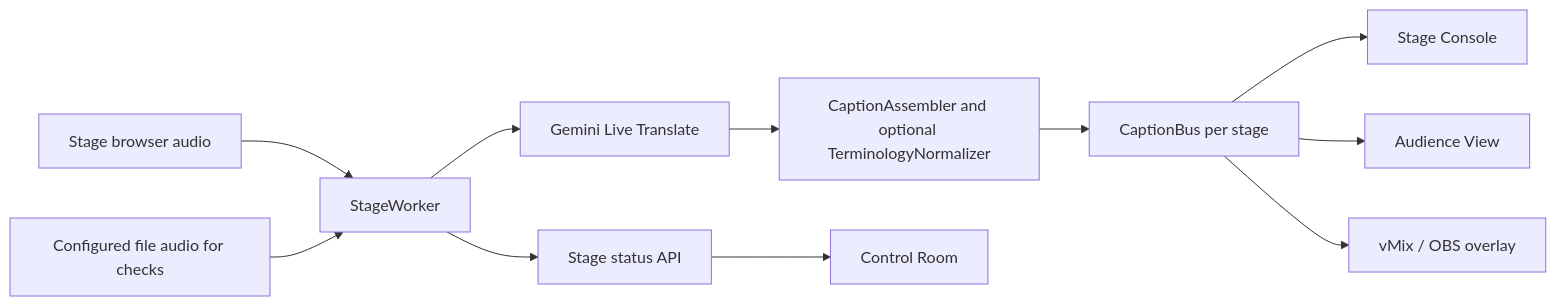
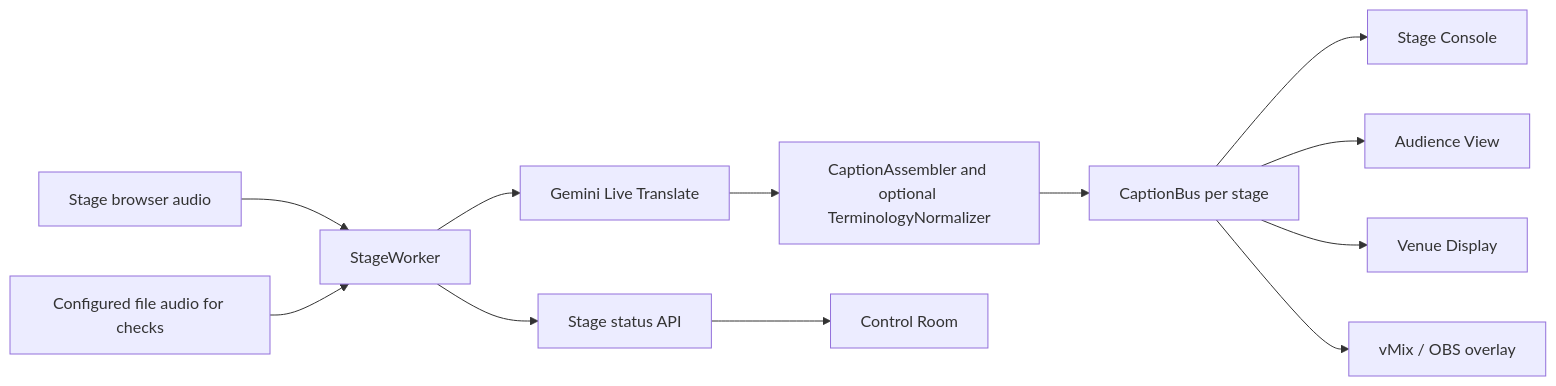
The diagram in docs/architecture.md (ignaciomakara/StagePulse), drawn with Mermaid before and after one commit. The commit also changed other lines of this file and 17 other files, not shown here.

Commit message:
feat: add audience hub venue display and setup tools

````diff
--- a/docs/architecture.md
+++ b/docs/architecture.md
@@ -5,13 +5,14 @@
 ```mermaid
 flowchart LR
     A[Stage browser audio] --> W[StageWorker]
     F[Configured file audio for checks] --> W
     W --> P[Gemini Live Translate]
     P --> N[CaptionAssembler and optional TerminologyNormalizer]
     N --> B[CaptionBus per stage]
     B --> S[Stage Console]
     B --> U[Audience View]
+    B --> D[Venue Display]
     B --> O[vMix / OBS overlay]
     W --> H[Stage status API]
     H --> C[Control Room]
 ```
````
